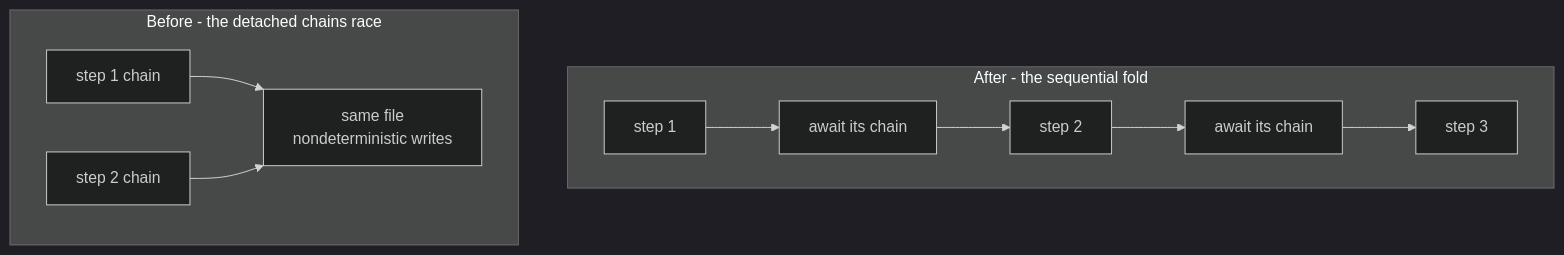
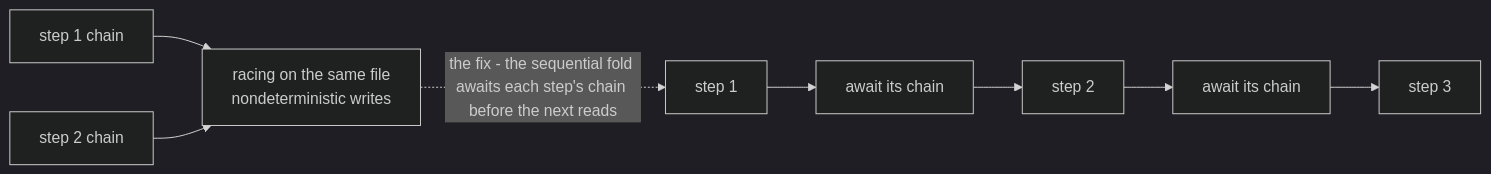
Before and after one commit to PlayForm/Site-DeepSeek: the diagram in Source/Content/Mermaid/case-p5-fold.mmd, drawn with Mermaid (dark theme). The commit also changed 34 other files, not shown here.

```diff
--- a/Source/Content/Mermaid/case-p5-fold.mmd
+++ b/Source/Content/Mermaid/case-p5-fold.mmd
@@ -1,11 +1,4 @@
 flowchart LR
-	subgraph RACE["Before - the detached chains race"]
-		direction LR
-		A["step 1 chain"] --> X["same file<br/>nondeterministic writes"]
-		B["step 2 chain"] --> X
-	end
-	subgraph FOLD["After - the sequential fold"]
-		direction LR
-		S1["step 1"] --> W1["await its chain"] --> S2["step 2"] --> W2["await its chain"] --> S3["step 3"]
-	end
-	RACE ~~~ FOLD
+	A["step 1 chain"] --> X["racing on the same file<br/>nondeterministic writes"]
+	B["step 2 chain"] --> X
+	X -. "the fix - the sequential fold awaits each step's chain before the next reads" .-> S1["step 1"] --> W1["await its chain"] --> S2["step 2"] --> W2["await its chain"] --> S3["step 3"]
```
